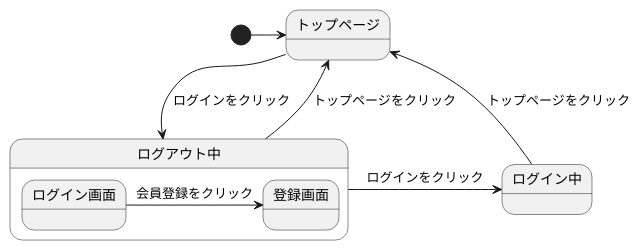
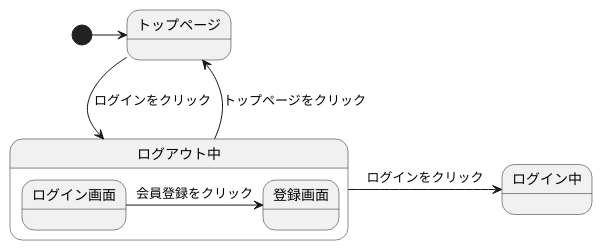
Before and after one commit to Aso2001409/2021sys-design: the diagram in gamen2.md, drawn with PlantUML.

````diff
--- a/gamen2.md
+++ b/gamen2.md
@@ -1,15 +1,14 @@
 ```uml
 @startuml
 [*]->トップページ
 トップページ-->ログアウト中 :ログインをクリック
 ログアウト中->トップページ :トップページをクリック
-ログイン中->トップページ :トップページをクリック
 state ログアウト中{
   ログイン画面->登録画面 :会員登録をクリック
 }
 ログアウト中->ログイン中 :ログインをクリック
 state ログイン中{
   
   }
 @enduml
 ```
````
